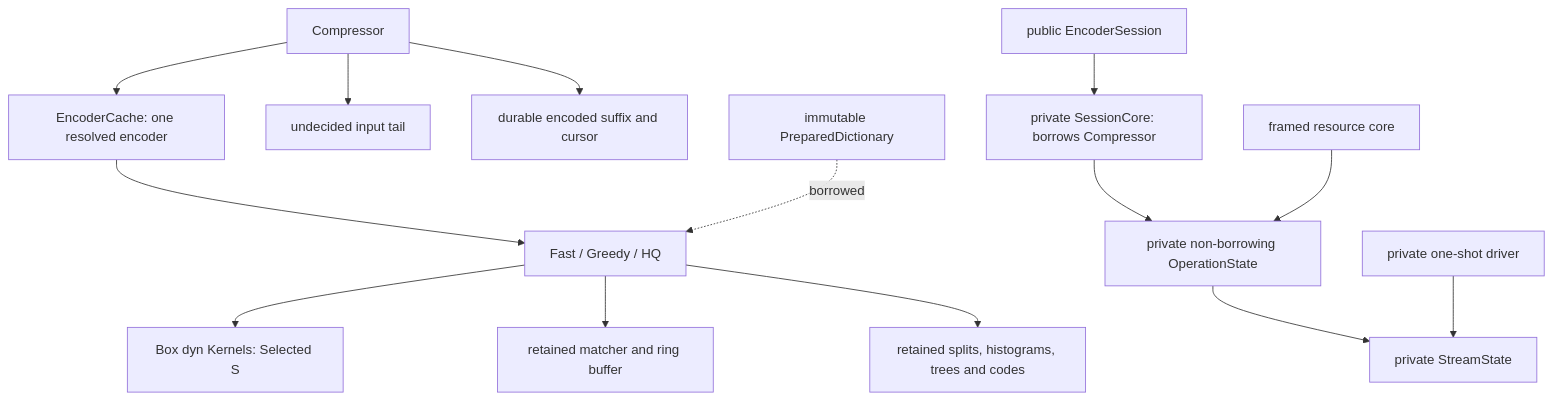
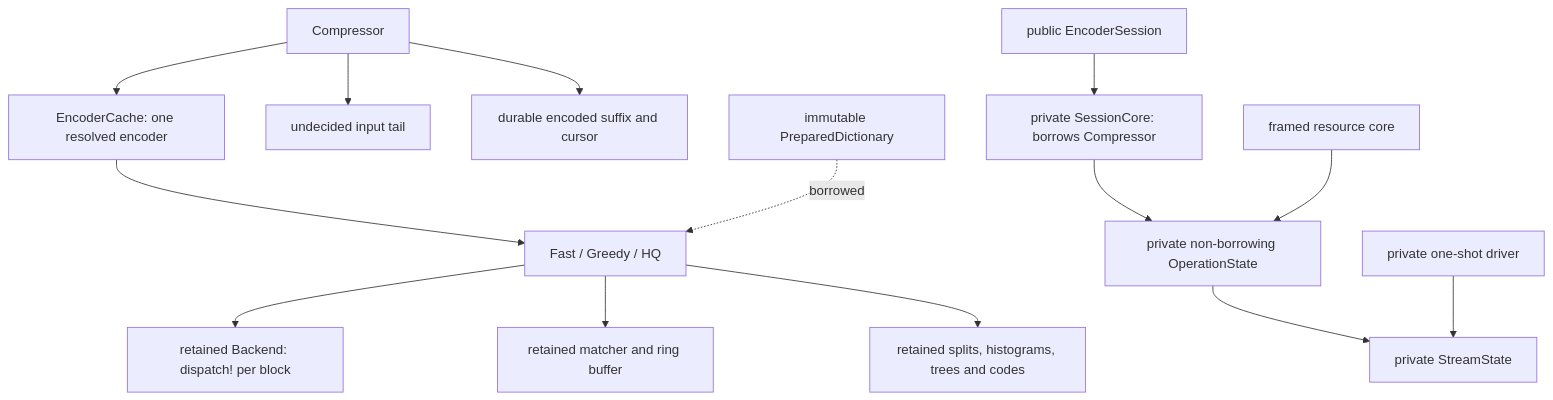
Before and after one commit to M-Compressors/mbrotli: the second of 11 diagrams in architecture/encoder-workspace.md, drawn with Mermaid. The commit also changed other lines of this file and 22 other files, not shown here.

Commit message:
remove dyn kernels and reuse default kernel for greedy

````diff
--- a/architecture/encoder-workspace.md
+++ b/architecture/encoder-workspace.md
@@ -35,16 +35,16 @@
 ```mermaid
 graph TD
     C[Compressor] --> Cache[EncoderCache: one resolved encoder]
     C --> Staging[undecided input tail]
     C --> Pending[durable encoded suffix and cursor]
     Cache --> Family[Fast / Greedy / HQ]
-    Family --> Kernel[Box dyn Kernels: Selected S]
+    Family --> Kernel[retained Backend: dispatch! per block]
     Family --> Search[retained matcher and ring buffer]
     Family --> Entropy[retained splits, histograms, trees and codes]
     Session[public EncoderSession] --> Owner[private SessionCore: borrows Compressor]
     Owner --> Operation[private non-borrowing OperationState]
     Operation --> State[private StreamState]
     Framed[framed resource core] --> Operation
     OneShot[private one-shot driver] --> State
     Dictionary[immutable PreparedDictionary] -. borrowed .-> Family
 ```
````
